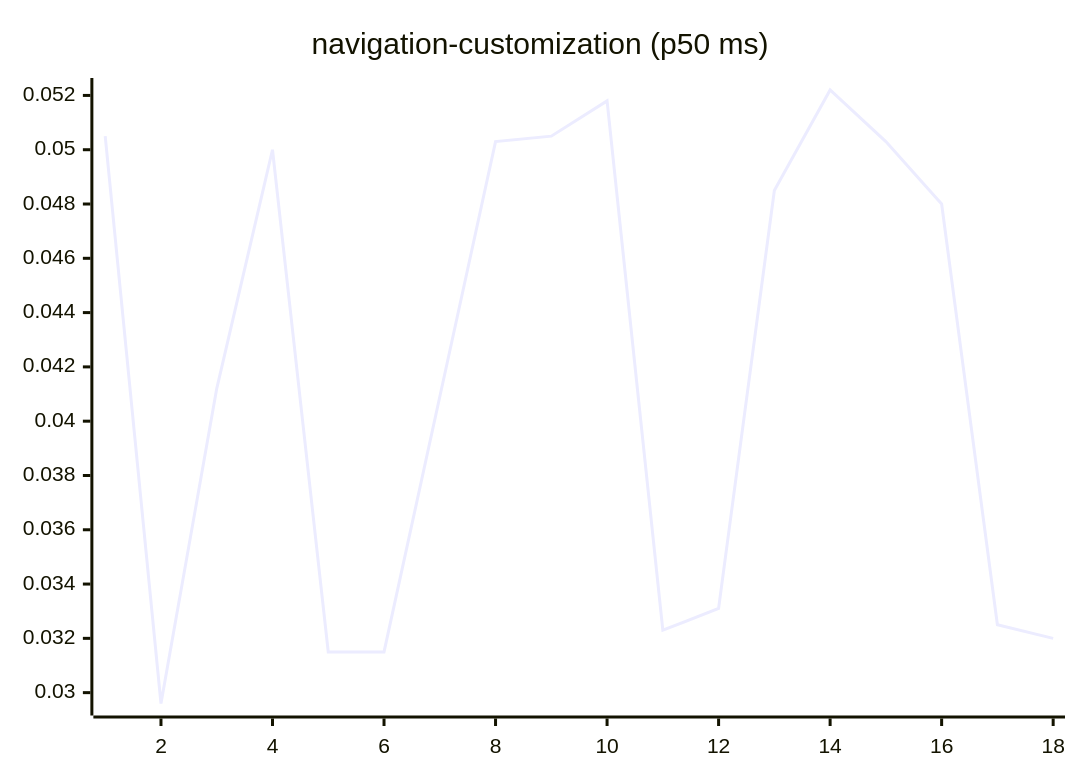
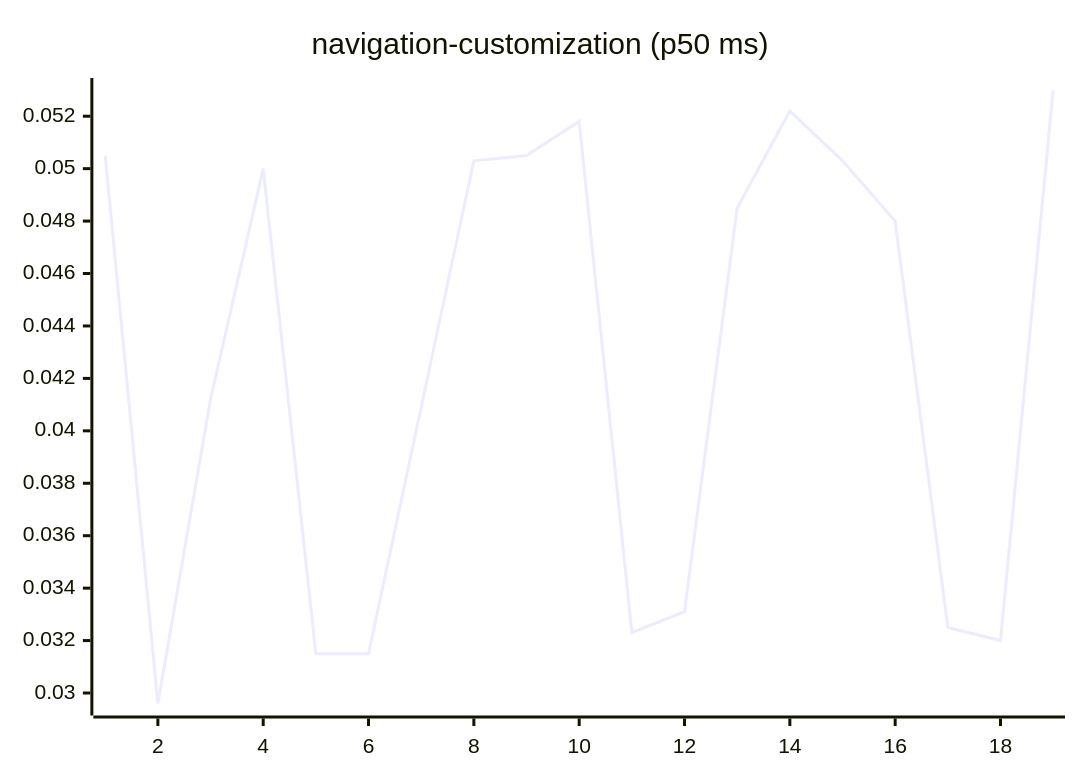
One commit to josha/Facet changed diagram 15 of 27 in README.md. Above: the diagram before and after it, drawn with Mermaid. The commit also changed other lines of this file and 2 other files, not shown here.

````diff
--- a/README.md
+++ b/README.md
@@ -161,6 +161,6 @@
 ```mermaid
 xychart-beta
     title "navigation-customization (p50 ms)"
-    x-axis 1 --> 18
-    line [0.0505, 0.0296, 0.0412, 0.0500, 0.0315, 0.0315, 0.0409, 0.0503, 0.0505, 0.0518, 0.0323, 0.0331, 0.0485, 0.0522, 0.0503, 0.0480, 0.0325, 0.0320]
+    x-axis 1 --> 19
+    line [0.0505, 0.0296, 0.0412, 0.0500, 0.0315, 0.0315, 0.0409, 0.0503, 0.0505, 0.0518, 0.0323, 0.0331, 0.0485, 0.0522, 0.0503, 0.0480, 0.0325, 0.0320, 0.0530]
 ```
````
